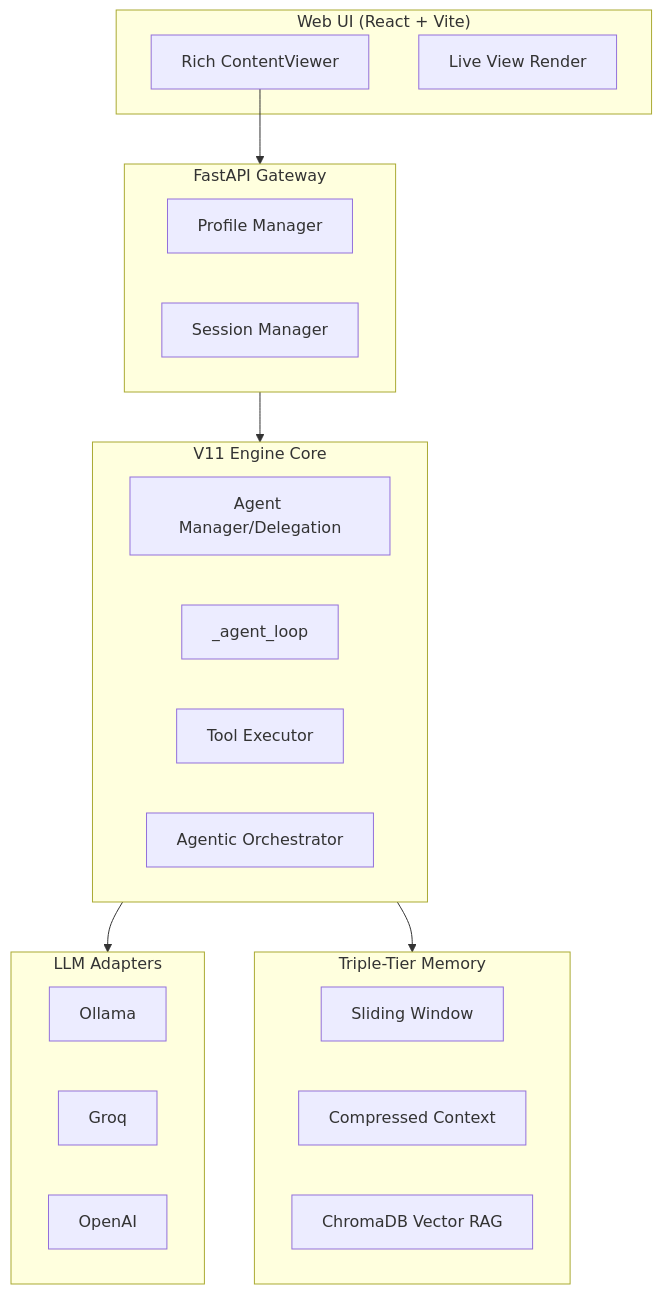
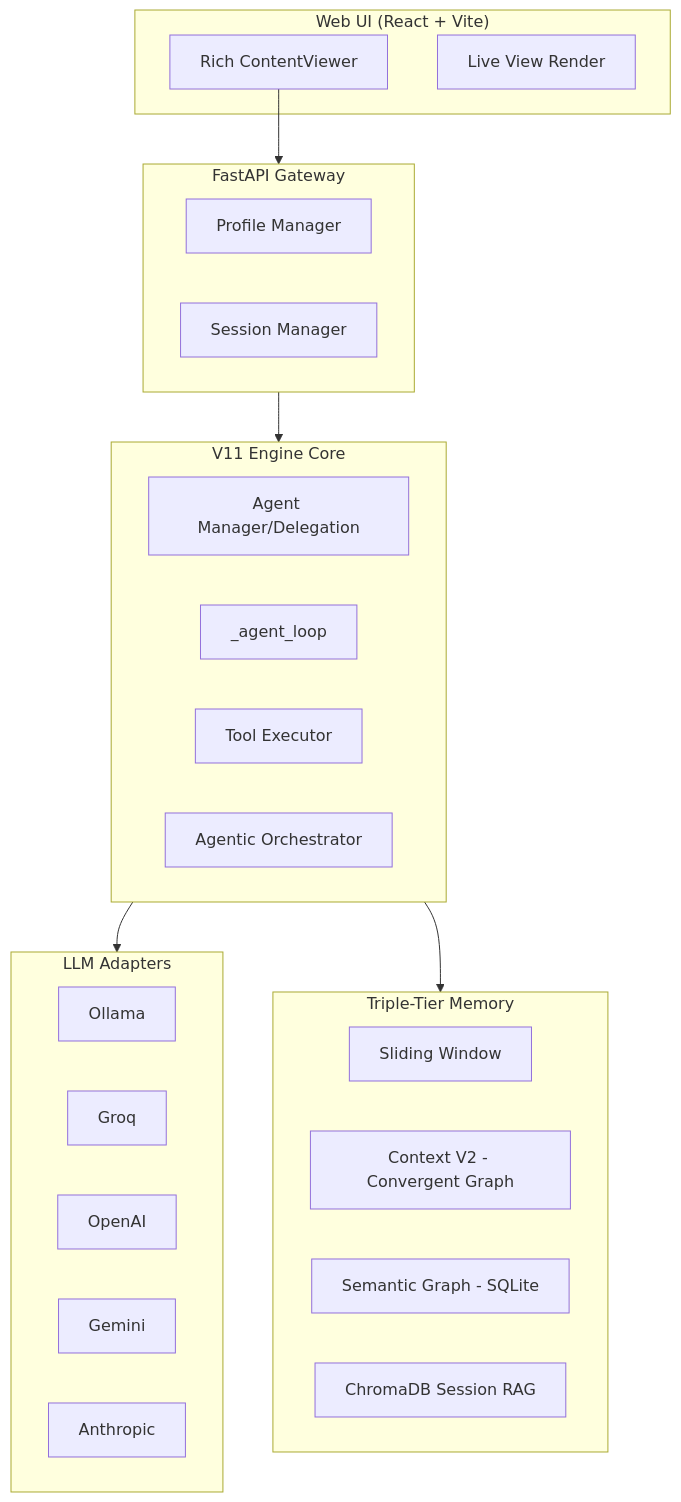
One commit to theshovonsaha/shovsai changed the diagram in README.md. Above: the diagram before and after it, drawn with Mermaid. The commit also changed other lines of this file and 5 other files, not shown here.

````diff
--- a/README.md
+++ b/README.md
@@ -24,36 +24,39 @@
 ```mermaid
 graph TB
     subgraph Frontend ["Web UI (React + Vite)"]
         UI[Rich ContentViewer]
         LC[Live View Render]
     end
 
     subgraph API ["FastAPI Gateway"]
         Auth[Profile Manager]
         SM[Session Manager]
     end
 
     subgraph Core ["V11 Engine Core"]
         AM[Agent Manager/Delegation]
         AL[_agent_loop]
         TE[Tool Executor]
         Orch[Agentic Orchestrator]
     end
 
     subgraph Providers ["LLM Adapters"]
         OL[Ollama]
         GR[Groq]
         OA[OpenAI]
+        GA[Gemini]
+        AN[Anthropic]
     end
 
     subgraph Memory ["Triple-Tier Memory"]
         SW[Sliding Window]
-        CC[Compressed Context]
-        VR[ChromaDB Vector RAG]
+        CV[Context V2 - Convergent Graph]
+        SG[Semantic Graph - SQLite]
+        VR[ChromaDB Session RAG]
     end
 
     UI --> API
     API --> Core
     Core --> Providers
     Core --> Memory
 ```
````
